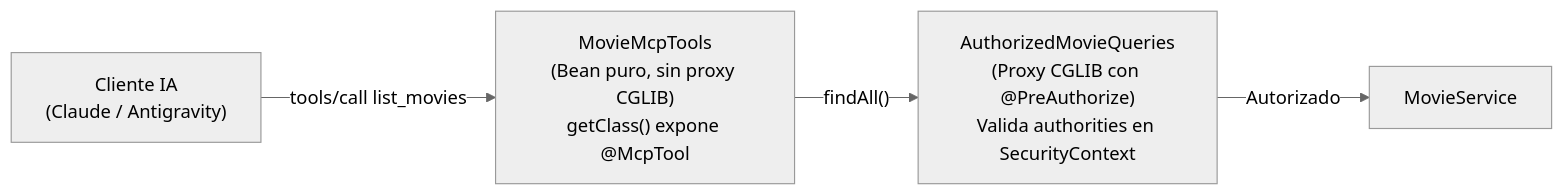
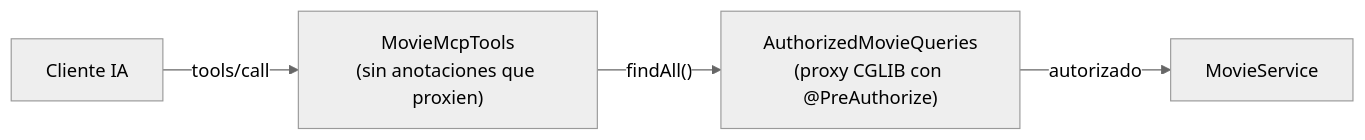
One commit to hmunoz/springboot-sso changed the third of 3 diagrams in docs/mcp-server.md. Above: the diagram before and after it, drawn with Mermaid (neutral theme). The commit also changed other lines of this file and 13 other files, not shown here.

Commit message:
refactor: streamline MCP tool security implementation and update documentation and diagrams

````diff
--- a/docs/mcp-server.md
+++ b/docs/mcp-server.md
@@ -123,6 +218,6 @@
 ```mermaid
 flowchart LR
-    Agent["Cliente IA<br/>(Claude / Antigravity)"] -->|"tools/call list_movies"| McpTools["MovieMcpTools<br/>(Bean puro, sin proxy CGLIB)<br/>getClass() expone @McpTool"]
-    McpTools -->|"findAll()"| Auth["AuthorizedMovieQueries<br/>(Proxy CGLIB con @PreAuthorize)<br/>Valida authorities en SecurityContext"]
-    Auth -->|"Autorizado"| Service["MovieService"]
+    Agent["Cliente IA"] -->|"tools/call"| McpTools["MovieMcpTools<br/>(sin anotaciones que proxien)"]
+    McpTools -->|"findAll()"| Auth["AuthorizedMovieQueries<br/>(proxy CGLIB con @PreAuthorize)"]
+    Auth -->|"autorizado"| Service["MovieService"]
 ```
````
